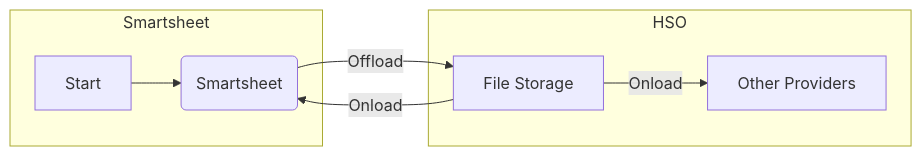
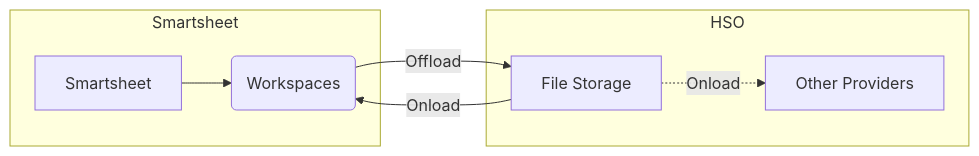
Before and after one commit to deonpollard/HSO: the first of 2 diagrams in README.md, drawn with Mermaid.

````diff
--- a/README.md
+++ b/README.md
@@ -6,11 +6,11 @@
 ```mermaid
 flowchart LR
     subgraph Smartsheet
-    A[Start] --> B(Smartsheet)
+    A[Smartsheet] --> B(Workspaces)
     end
     B --> |Offload| D[File Storage]
     D --> |Onload| B
     subgraph HSO
-    D --> |Onload| E[Other Providers]
+    D -.-> |Onload| E[Other Providers]
     end
 ```
````
